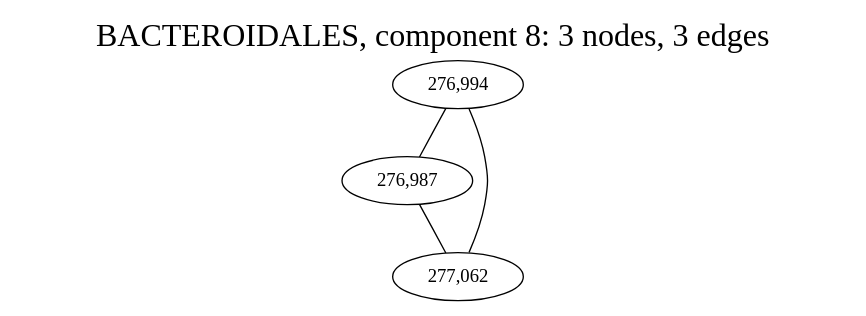
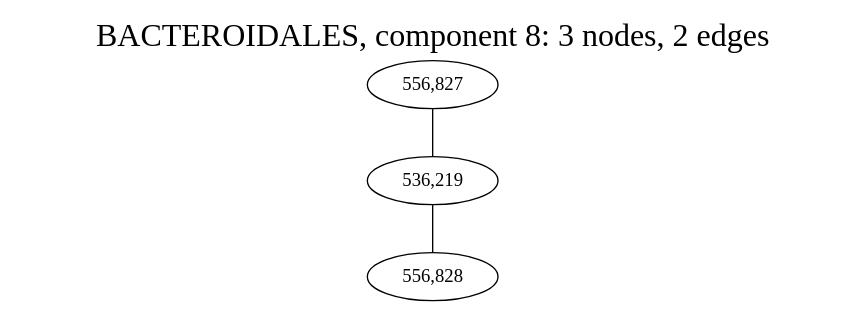
One commit to fedarko/sheepgut changed the diagram in notebooks/graphs/BACTEROIDALES_cc8.gv. Above: the diagram before and after it, drawn with Graphviz. The commit also changed 20 other files, not shown here.

```diff
--- a/notebooks/graphs/BACTEROIDALES_cc8.gv
+++ b/notebooks/graphs/BACTEROIDALES_cc8.gv
@@ -1,13 +1,12 @@
 graph BACTEROIDALES_cc8 {
 	overlap="prism50";
 	outputorder="edgesfirst";
-	label="BACTEROIDALES, component 8: 3 nodes, 3 edges";
+	label="BACTEROIDALES, component 8: 3 nodes, 2 edges";
 	labelloc="t";
 	fontsize=24;
-	"276,994" [style="filled", fillcolor="#ffffff", fontcolor="#000000"];
-	"276,987" [style="filled", fillcolor="#ffffff", fontcolor="#000000"];
-	"277,062" [style="filled", fillcolor="#ffffff", fontcolor="#000000"];
-	"276,994" -- "276,987";
-	"276,994" -- "277,062";
-	"276,987" -- "277,062";
+	"556,827" [style="filled", fillcolor="#ffffff", fontcolor="#000000"];
+	"536,219" [style="filled", fillcolor="#ffffff", fontcolor="#000000"];
+	"556,828" [style="filled", fillcolor="#ffffff", fontcolor="#000000"];
+	"556,827" -- "536,219";
+	"536,219" -- "556,828";
 }
```
